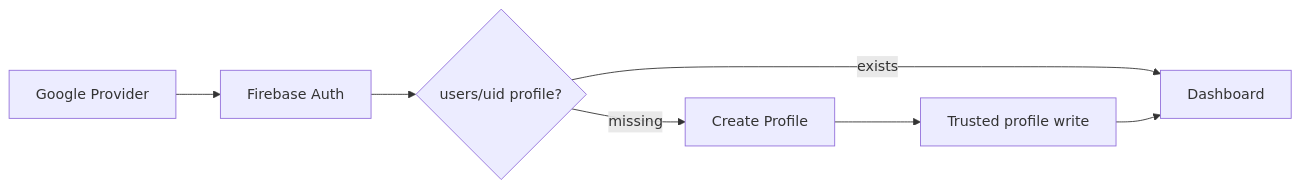
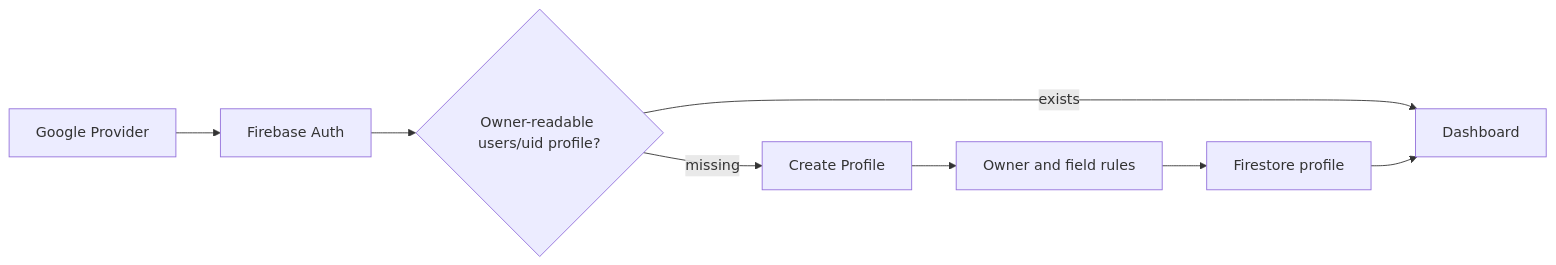
Before and after one commit to kyaw-hlaing-soe-dev/Care-AI: the first of 2 diagrams in specs/02-architecture/data-flow.md, drawn with Mermaid. The commit also changed other lines of this file and 32 other files, not shown here.

Commit message:
docs: define Spark Firestore architecture

````diff
--- a/specs/02-architecture/data-flow.md
+++ b/specs/02-architecture/data-flow.md
@@ -10,8 +10,8 @@
 ```mermaid
 flowchart LR
   G[Google Provider] --> FA[Firebase Auth]
-  FA --> P{users/uid profile?}
+  FA --> P{Owner-readable users/uid profile?}
   P -->|missing| CP[Create Profile]
   P -->|exists| D[Dashboard]
-  CP --> W[Trusted profile write] --> D
+  CP --> R[Owner and field rules] --> W[Firestore profile] --> D
 ```
````
